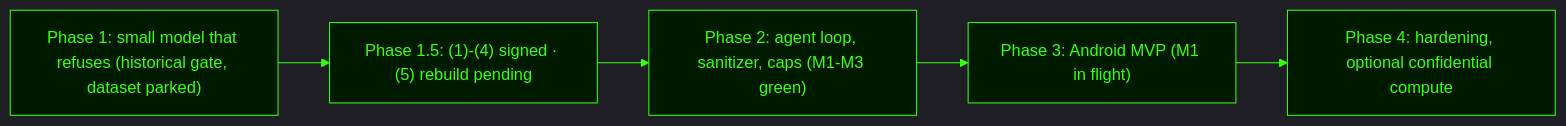
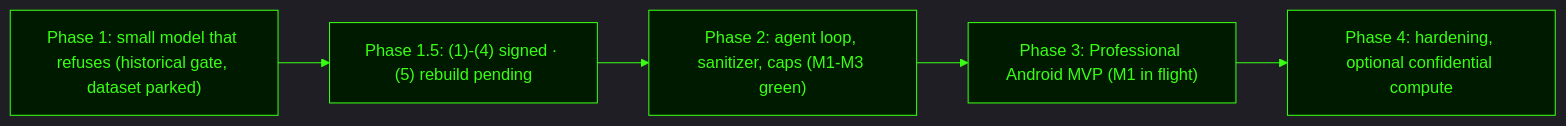
The second of 2 diagrams in README.md (9lordisgod/salomon), drawn with Mermaid before and after one commit. The commit also changed other lines of this file and 3 other files, not shown here.

````diff
--- a/README.md
+++ b/README.md
@@ -56,11 +56,11 @@
 ```mermaid
 %%{init: {'theme':'dark','themeVariables':{'dark':'#0a0a0a','background':'#0a0a0a','primaryColor':'#003b00','primaryTextColor':'#39ff14','primaryBorderColor':'#39ff14','secondaryColor':'#001a00','secondaryTextColor':'#39ff14','secondaryBorderColor':'#00ff41','tertiaryColor':'#002200','lineColor':'#39ff14','textColor':'#39ff14','mainBkg':'#001a00','nodeBorder':'#39ff14','clusterBkg':'#000000','titleColor':'#39ff14','edgeLabelBackground':'#001a00'}}}%%
 flowchart LR
   P1["Phase 1: small model that refuses (historical gate, dataset parked)"] --> G["Phase 1.5: (1)-(4) signed · (5) rebuild pending"]
   G --> P2["Phase 2: agent loop, sanitizer, caps (M1-M3 green)"]
-  P2 --> P3["Phase 3: Android MVP (M1 in flight)"]
+  P2 --> P3["Phase 3: Professional Android MVP (M1 in flight)"]
   P3 --> P4["Phase 4: hardening, optional confidential compute"]
 
   classDef neon fill:#001a00,stroke:#39ff14,color:#39ff14
   class P1,G,P2,P3,P4 neon
 ```
````
